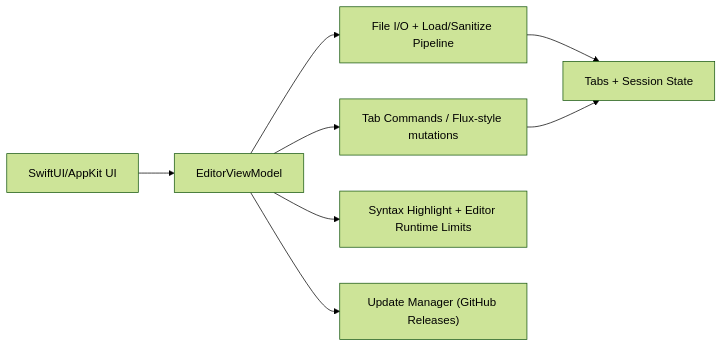
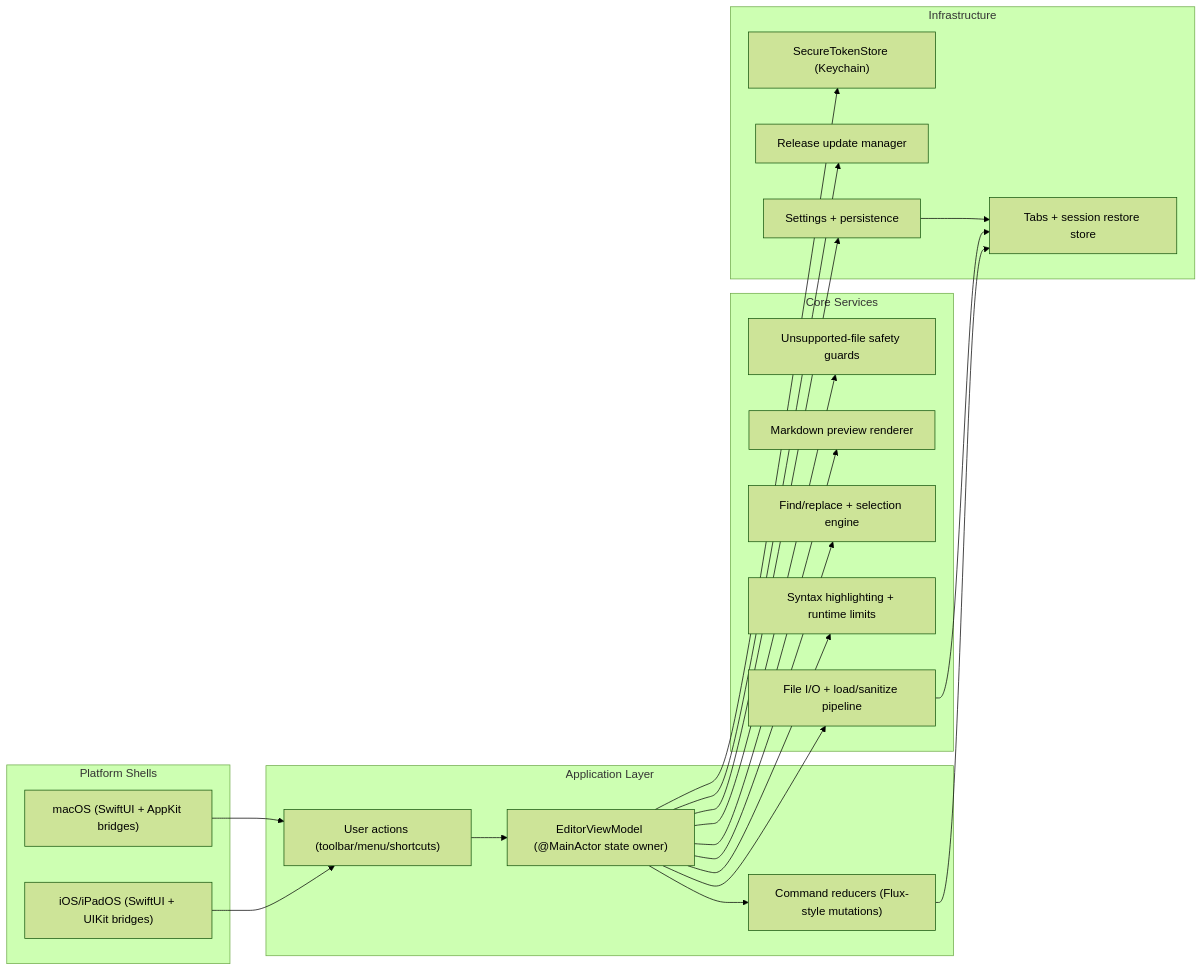
Before and after one commit to h3pdesign/Neon-Vision-Editor: the diagram in README.md, drawn with Mermaid (forest theme). The commit also changed other lines of this file and 1 other file, not shown here.

Commit message:
docs: expand architecture overview diagram and flow notes

````diff
--- a/README.md
+++ b/README.md
@@ -264,10 +264,44 @@
 ```mermaid
 flowchart LR
-  UI["SwiftUI/AppKit UI"] --> VM["EditorViewModel"]
-  VM --> CMD["Tab Commands / Flux-style mutations"]
-  VM --> IO["File I/O + Load/Sanitize Pipeline"]
-  VM --> HL["Syntax Highlight + Editor Runtime Limits"]
-  VM --> UPD["Update Manager (GitHub Releases)"]
-  IO --> STORE["Tabs + Session State"]
+  subgraph Shell["Platform Shells"]
+    Mac["macOS (SwiftUI + AppKit bridges)"]
+    IOS["iOS/iPadOS (SwiftUI + UIKit bridges)"]
+  end
+
+  subgraph App["Application Layer"]
+    VM["EditorViewModel (@MainActor state owner)"]
+    CMD["Command reducers (Flux-style mutations)"]
+    ACT["User actions (toolbar/menu/shortcuts)"]
+  end
+
+  subgraph Core["Core Services"]
+    IO["File I/O + load/sanitize pipeline"]
+    HL["Syntax highlighting + runtime limits"]
+    FIND["Find/replace + selection engine"]
+    PREV["Markdown preview renderer"]
+    SAFE["Unsupported-file safety guards"]
+  end
+
+  subgraph Infra["Infrastructure"]
+    STORE["Tabs + session restore store"]
+    PREFS["Settings + persistence"]
+    SEC["SecureTokenStore (Keychain)"]
+    UPD["Release update manager"]
+  end
+
+  Mac --> ACT
+  IOS --> ACT
+  ACT --> VM
+  VM --> CMD
   CMD --> STORE
+  VM --> IO
+  VM --> HL
+  VM --> FIND
+  VM --> PREV
+  VM --> SAFE
+  VM --> PREFS
+  VM --> UPD
+  PREFS --> STORE
+  IO --> STORE
+  VM --> SEC
 ```
````
